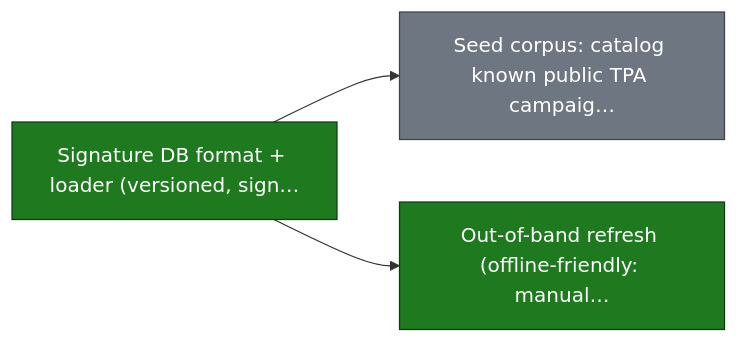
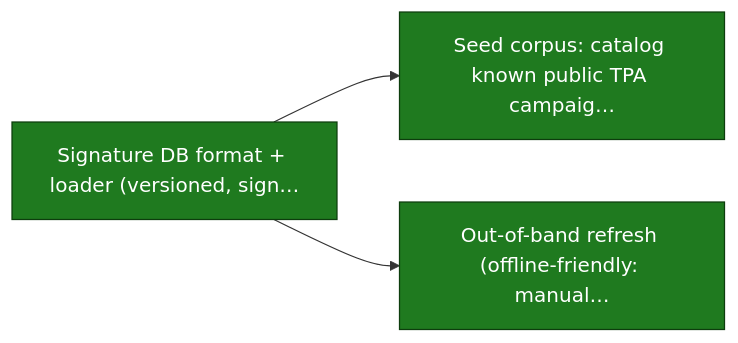
Before and after one commit to smart-mcp-proxy/mcpproxy-go: the fifth of 26 diagrams in ROADMAP.md, drawn with Mermaid. The commit also changed other lines of this file and 99 other files, not shown here.

First line of the commit message:
feat(security): Spec 101 US2 TPA seed corpus and eval gate (#1702)

````diff
--- a/ROADMAP.md
+++ b/ROADMAP.md
@@ -230,14 +230,12 @@
 ```mermaid
 graph LR
   tpa_db_format["Signature DB format + loader (versioned, sign…"]
   tpa_db_corpus["Seed corpus: catalog known public TPA campaig…"]
   tpa_db_refresh["Out-of-band refresh (offline-friendly: manual…"]
 
   tpa_db_format --> tpa_db_corpus
   tpa_db_format --> tpa_db_refresh
 
   classDef done fill:#1f7a1f,stroke:#0d3d0d,color:#ffffff;
-  classDef todo fill:#6e7781,stroke:#3d4248,color:#ffffff;
-  class tpa_db_format,tpa_db_refresh done;
-  class tpa_db_corpus todo;
+  class tpa_db_format,tpa_db_corpus,tpa_db_refresh done;
 ```
````
